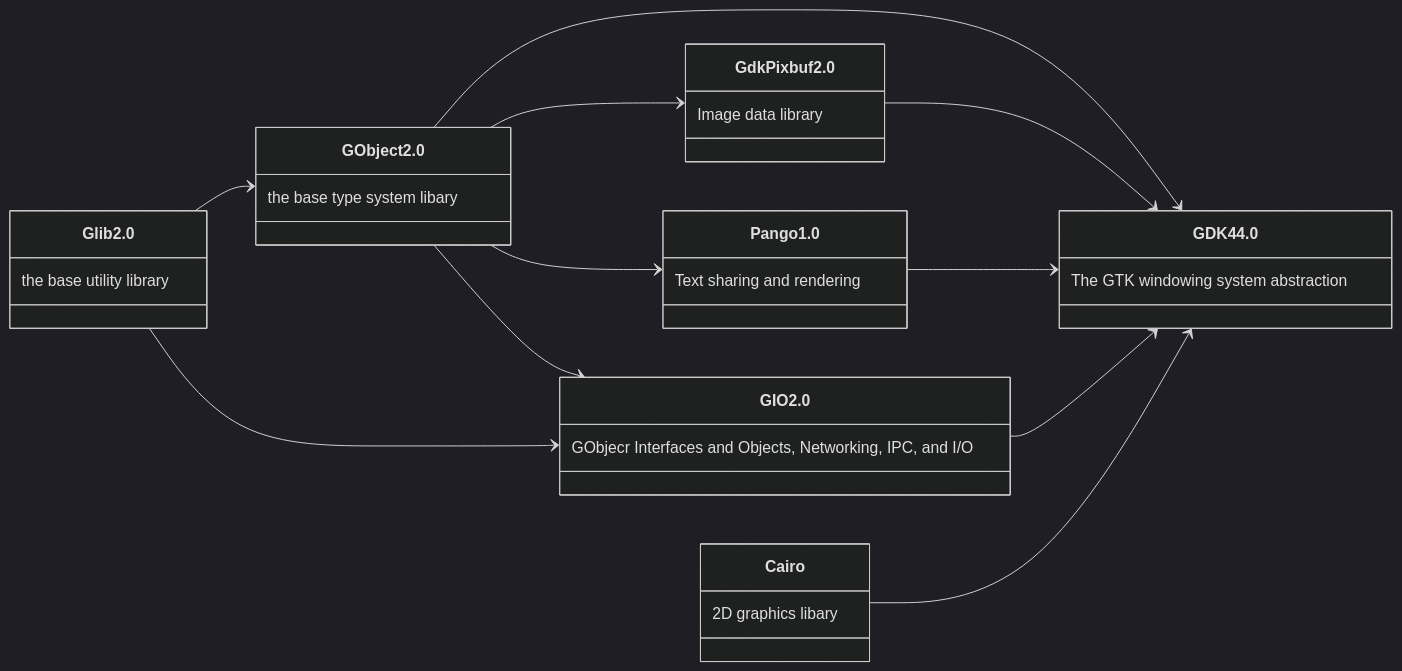
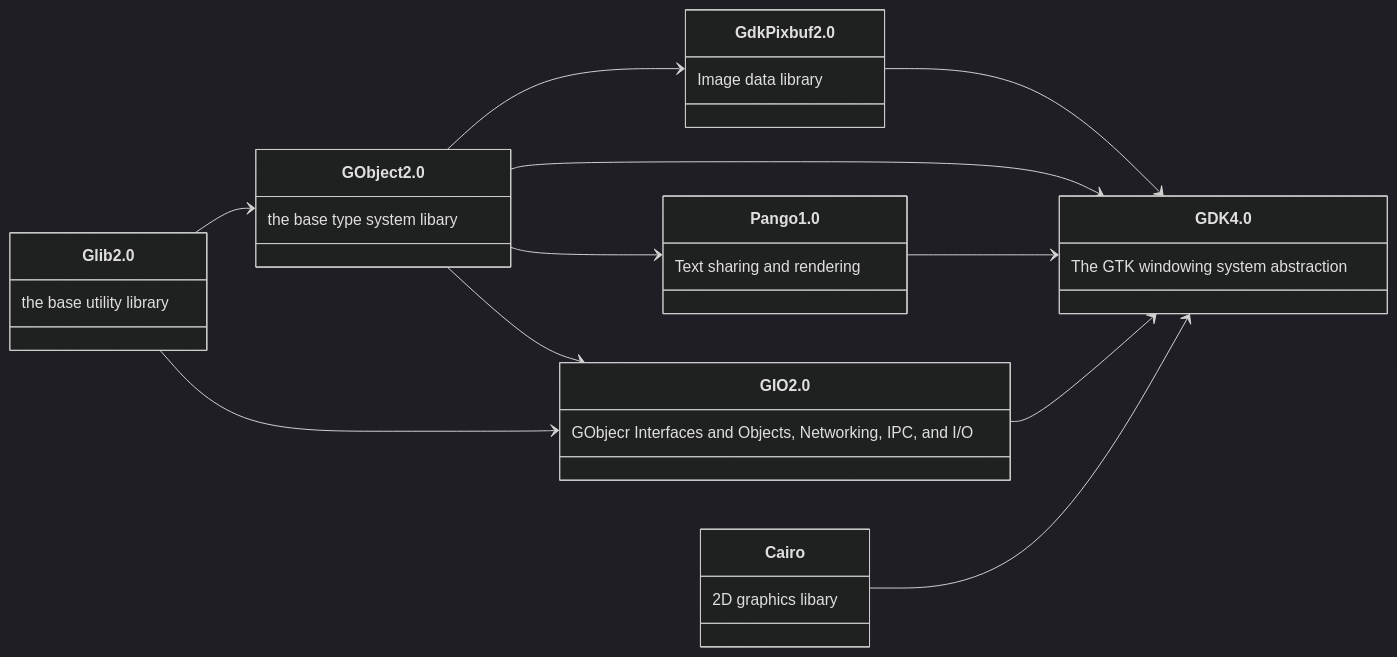
Before and after one commit to sechshelme/Lazarus-GNOME-GTK4-Packages_and_Examples: the diagram in readme.md, drawn with Mermaid (dark theme).

````diff
--- a/readme.md
+++ b/readme.md
@@ -40,22 +40,22 @@
 ```mermaid
 classDiagram
 direction RL
 Glib 2.0:the base utility library
 GObject 2.0:the base type system libary
 GIO 2.0:GObjecr Interfaces and Objects, Networking, IPC, and I/O
 GdkPixbuf 2.0:Image data library
 Pango 1.0:Text sharing and rendering
-GDK4 4.0:The GTK windowing system abstraction
+GDK 4.0:The GTK windowing system abstraction
 Cairo:2D graphics libary
 
 GObject 2.0<--Glib 2.0
 GIO 2.0<--GObject 2.0
 GIO 2.0<--Glib 2.0
 GdkPixbuf 2.0<--GObject 2.0
 Pango 1.0<--GObject 2.0
-GDK4 4.0<--GObject 2.0
-GDK4 4.0<--GdkPixbuf 2.0
-GDK4 4.0<--Pango 1.0
-GDK4 4.0<--GIO 2.0
-GDK4 4.0<--Cairo
+GDK 4.0<--GdkPixbuf 2.0
+GDK 4.0<--GObject 2.0
+GDK 4.0<--Pango 1.0
+GDK 4.0<--GIO 2.0
+GDK 4.0<--Cairo
 ```
````
